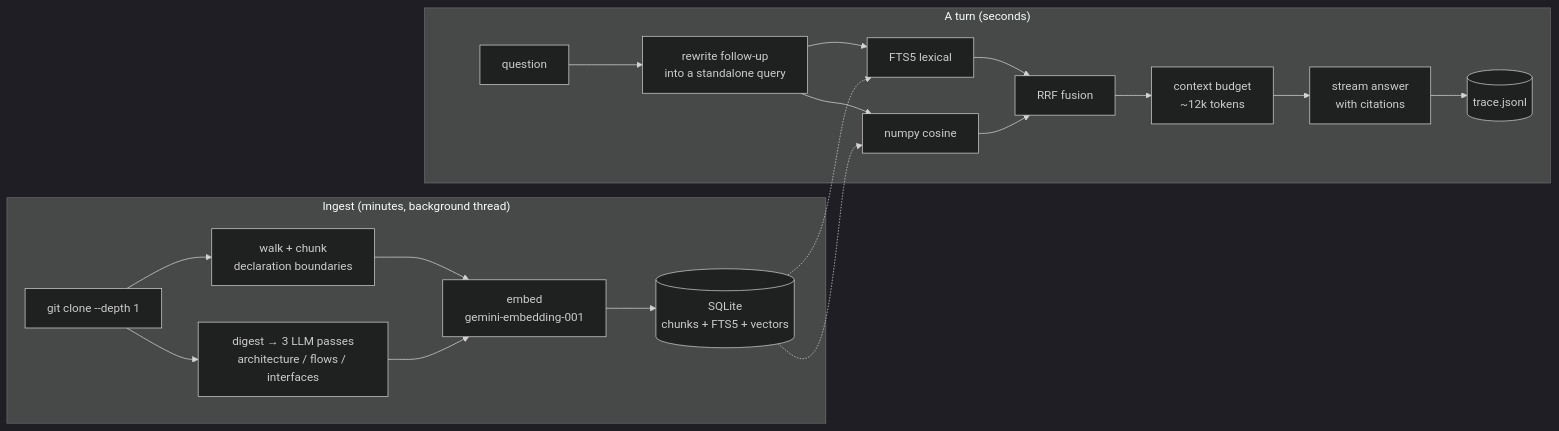
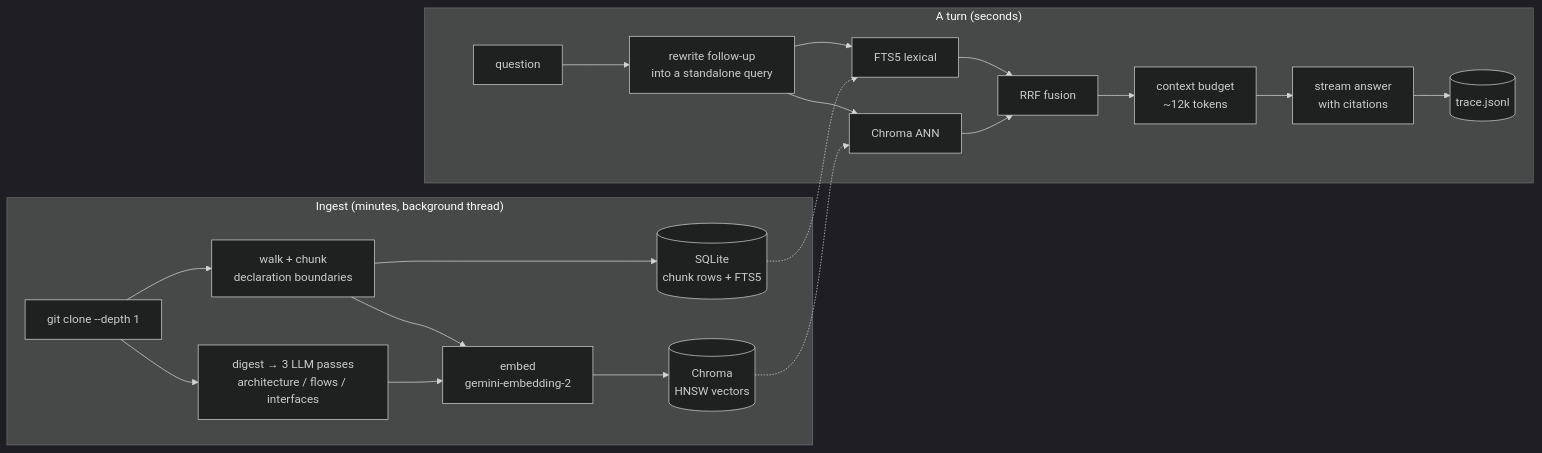
One commit to pronoy1004/repo-oracle changed the diagram in README.md. Above: the diagram before and after it, drawn with Mermaid (dark theme). The commit also changed other lines of this file and 10 other files, not shown here.

First line of the commit message:
Move dense retrieval into Chroma, keep FTS5 for the lexical half

````diff
--- a/README.md
+++ b/README.md
@@ -58,24 +58,25 @@
 ```mermaid
 flowchart LR
     subgraph ingest["Ingest (minutes, background thread)"]
         A[git clone --depth 1] --> B[walk + chunk<br/>declaration boundaries]
-        B --> C[embed<br/>gemini-embedding-001]
+        B --> C[embed<br/>gemini-embedding-2]
         A --> D[digest → 3 LLM passes<br/>architecture / flows / interfaces]
         D --> C
-        C --> E[(SQLite<br/>chunks + FTS5 + vectors)]
+        C --> E[(Chroma<br/>HNSW vectors)]
+        B --> S[(SQLite<br/>chunk rows + FTS5)]
     end
 
     subgraph turn["A turn (seconds)"]
         Q[question] --> R[rewrite follow-up<br/>into a standalone query]
         R --> L[FTS5 lexical]
-        R --> V[numpy cosine]
+        R --> V[Chroma ANN]
         L --> F[RRF fusion]
         V --> F
         F --> CTX[context budget<br/>~12k tokens]
         CTX --> G[stream answer<br/>with citations]
         G --> T[(trace.jsonl)]
     end
 
-    E -.-> L
+    S -.-> L
     E -.-> V
 ```
````
